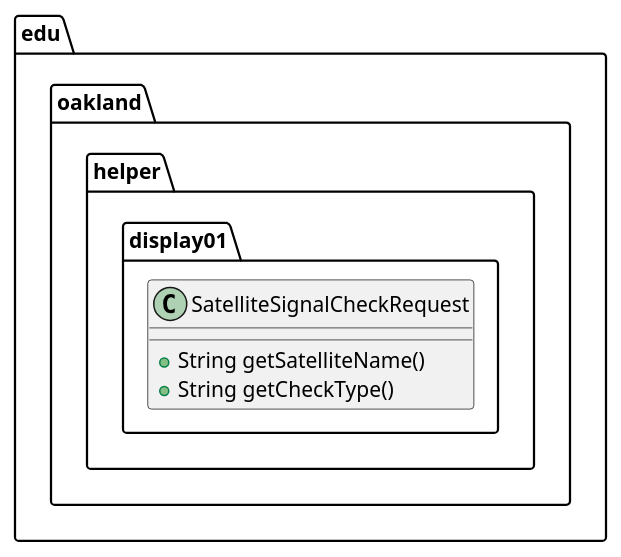
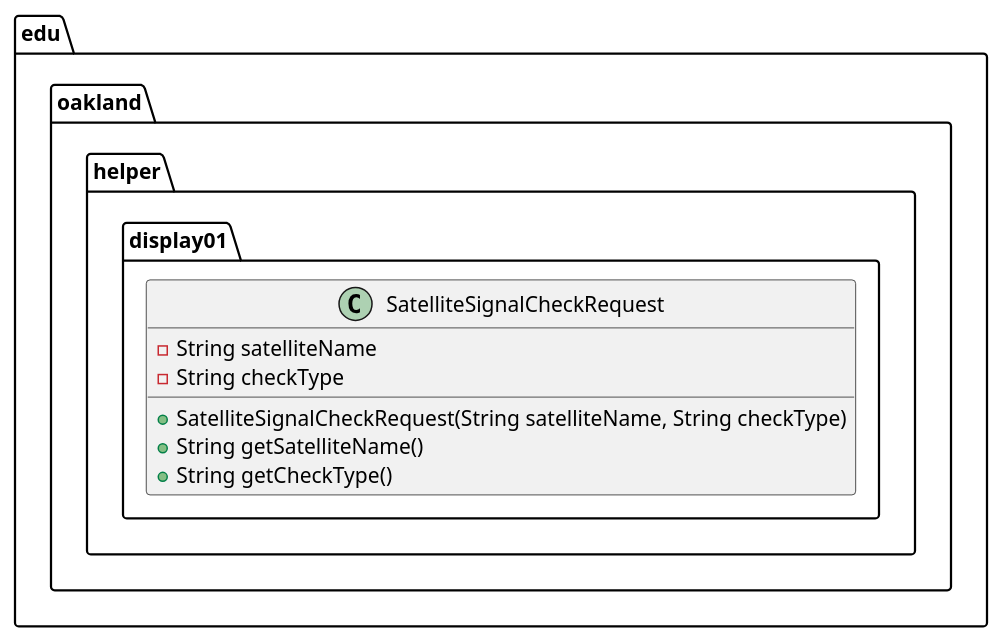
The diagram in docs/uml-class-diagrams/display01/helper/SatelliteSignalCheckRequest/SatelliteSignalCheckRequest.puml (andrewdimmer/csi-3370-software-project), drawn with PlantUML before and after one commit. The commit also changed 44 other files, not shown here.

Commit message:
[Display_01] Set Up Test Class UML File Structure

```diff
--- a/docs/uml-class-diagrams/display01/helper/SatelliteSignalCheckRequest/SatelliteSignalCheckRequest.puml
+++ b/docs/uml-class-diagrams/display01/helper/SatelliteSignalCheckRequest/SatelliteSignalCheckRequest.puml
@@ -1,10 +1,13 @@
 @startuml SatelliteSignalCheckRequest
 
 package edu.oakland.helper.display01 {
     class SatelliteSignalCheckRequest {
+        - String satelliteName
+        - String checkType
+        + SatelliteSignalCheckRequest(String satelliteName, String checkType)
         + String getSatelliteName()
         + String getCheckType()
     }
 }
 
 @enduml
```
